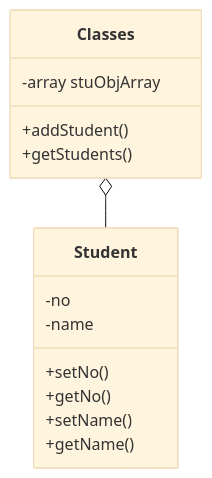
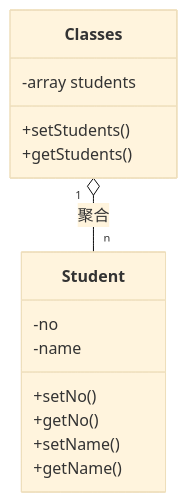
Before and after one commit to LeslieKong/basiccoding: the third of 5 diagrams in README.md, drawn with Mermaid (base theme). The commit also changed other lines of this file and 1 other file, not shown here.

````diff
--- a/README.md
+++ b/README.md
@@ -229,17 +296,17 @@
-  ```mermaid
-  classDiagram
-      Classes o-- Student
-      class Student {
-         -no
-         -name
-         +setNo()
-         +getNo()
-         +setName()
-         +getName()
-      }
-      class Classes {
-          -array stuObjArray
-          +addStudent()
-          +getStudents()
-      }
-  ```
+```mermaid
+classDiagram
+    Classes "1" o-- "n" Student : 聚合
+    class Student {
+       -no
+       -name
+       +setNo()
+       +getNo()
+       +setName()
+       +getName()
+    }
+    class Classes {
+        -array students
+        +setStudents()
+        +getStudents()
+    }
+```
````
